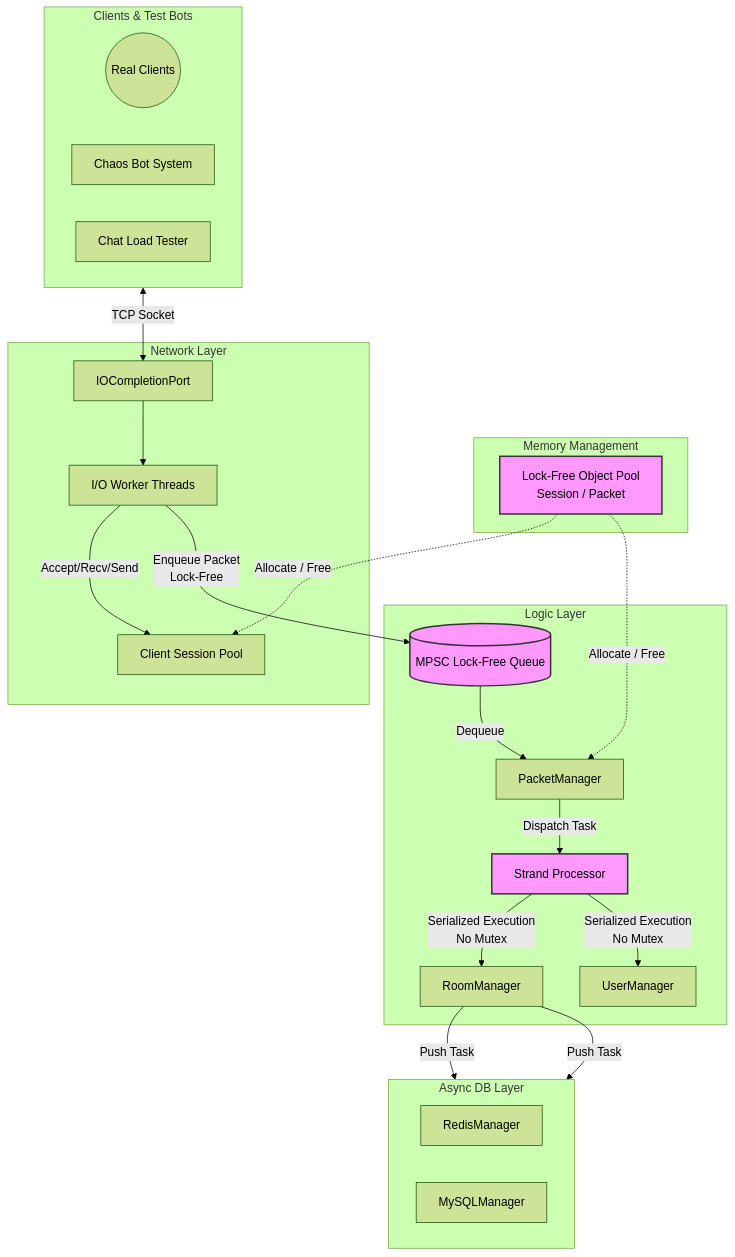
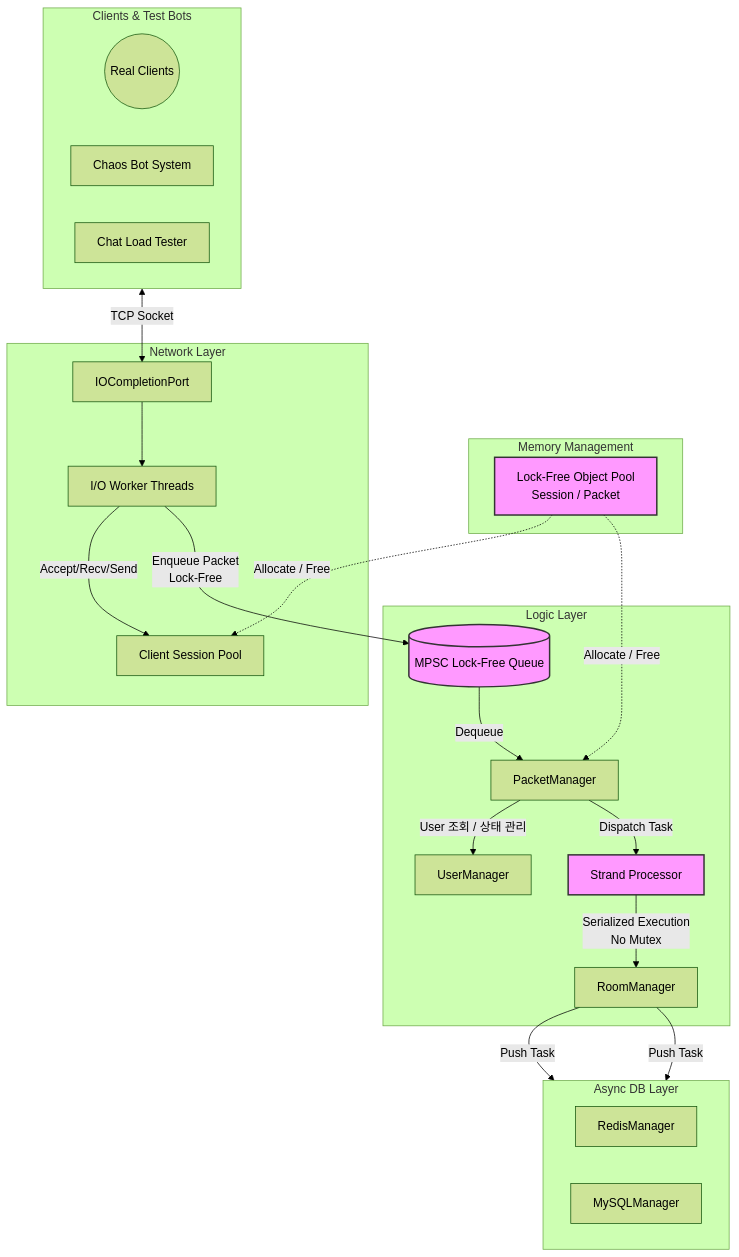
Before and after one commit to kanghyoungwoo/IOCP: the fourth of 4 diagrams in Docs/서버 아키텍처 진화 및 성능 벤치마크.md, drawn with Mermaid (forest theme). The commit also changed 1 other file, not shown here.

Commit message:
readme 수정
아키텍처 다이어그램 수정

````diff
--- a/Docs/서버 아키텍처 진화 및 성능 벤치마크.md
+++ b/Docs/서버 아키텍처 진화 및 성능 벤치마크.md
@@ -242,48 +242,48 @@
 ```mermaid
 graph TD
     subgraph External_Clients [Clients & Test Bots]
         Clients((Real Clients))
         ChaosBot[Chaos Bot System]
         LoadTester[Chat Load Tester]
     end
 
     subgraph Memory_Layer [Memory Management]
         MemPool[Lock-Free Object Pool\nSession / Packet]
     end
 
     subgraph Network_Layer [Network Layer]
         IOCP[IOCompletionPort]
         WorkerThreads[I/O Worker Threads]
         SessionPool[Client Session Pool]
         IOCP --> WorkerThreads
         WorkerThreads -->|Accept/Recv/Send| SessionPool
     end
 
     subgraph Logic_Layer [Logic Layer]
         PacketManager[PacketManager]
+        UserMgr[UserManager]
         GlobalQueue[(MPSC Lock-Free Queue)]
         StrandProcessor[Strand Processor]
         RoomMgr[RoomManager]
-        UserMgr[UserManager]
         WorkerThreads -->|Enqueue Packet\nLock-Free| GlobalQueue
         GlobalQueue -->|Dequeue| PacketManager
+        PacketManager -->|User 조회 / 상태 관리| UserMgr
         PacketManager -->|Dispatch Task| StrandProcessor
         StrandProcessor -->|Serialized Execution\nNo Mutex| RoomMgr
-        StrandProcessor -->|Serialized Execution\nNo Mutex| UserMgr
     end
 
     subgraph DB_Layer [Async DB Layer]
         direction LR
         RedisMgr[RedisManager]
         MySQLMgr[MySQLManager]
     end
 
     External_Clients <-->|TCP Socket| IOCP
     MemPool -.->|Allocate / Free| SessionPool
     MemPool -.->|Allocate / Free| PacketManager
     RoomMgr -->|Push Task| RedisMgr
     RoomMgr -->|Push Task| MySQLMgr
 
     classDef core fill:#f9f,stroke:#333,stroke-width:2px;
     class StrandProcessor,GlobalQueue,MemPool core;
 ```
````
